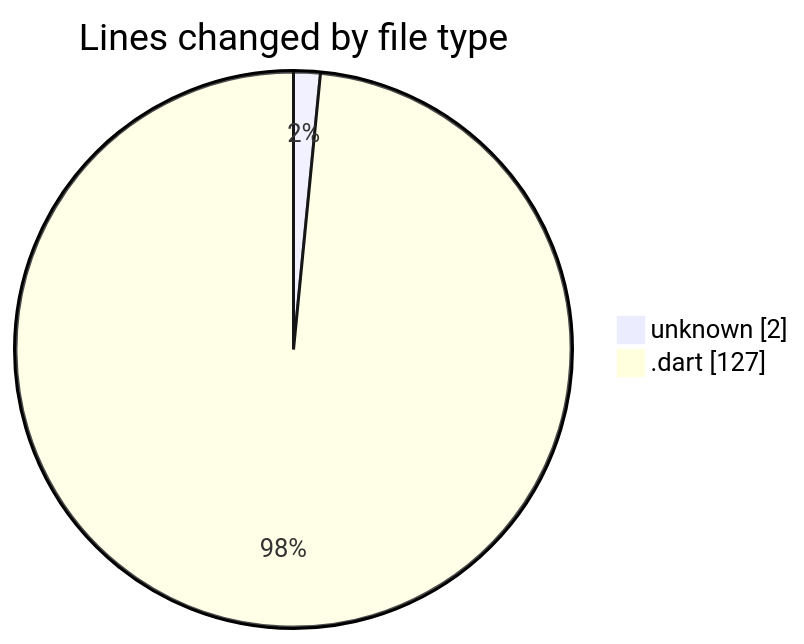
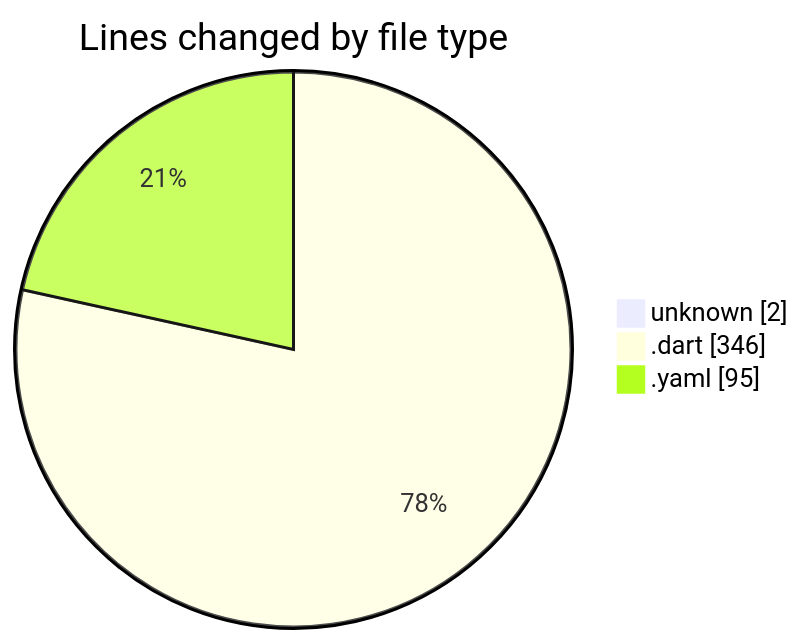
Before and after one commit to donsfak/code-tracking: the first of 2 diagrams in 2025-10-19/weather_insights_app/README.md, drawn with Mermaid. The commit also changed other lines of this file and 1 other file, not shown here.

````diff
--- a/2025-10-19/weather_insights_app/README.md
+++ b/2025-10-19/weather_insights_app/README.md
@@ -25,6 +26,7 @@
 ```mermaid
 pie showData
 title Lines changed by file type
 "unknown" : 2
-".dart" : 127
+".dart" : 346
+".yaml" : 95
 ```
````
